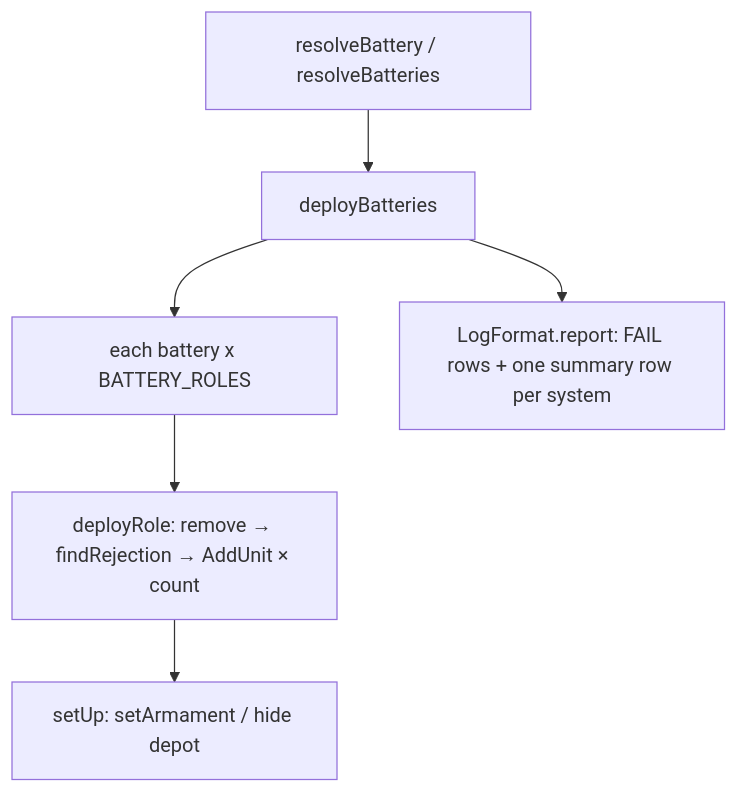
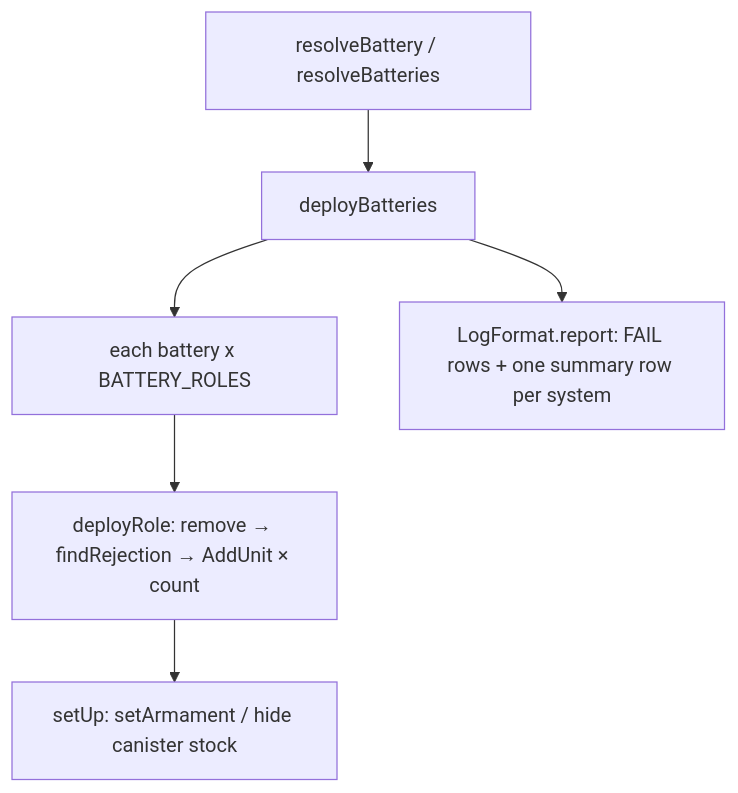
Before and after one commit to pullupjumper/formosa-in-flames: the diagram in docs/missileSystem/deployment.md, drawn with Mermaid. The commit also changed other lines of this file and 36 other files, not shown here.

First line of the commit message:
refactor(missileSystem): rename the ammo depot to canister stock

````diff
--- a/docs/missileSystem/deployment.md
+++ b/docs/missileSystem/deployment.md
@@ -23,8 +23,8 @@
 ```mermaid
 flowchart TD
     A[resolveBattery / resolveBatteries] --> B[deployBatteries]
     B --> C[each battery x BATTERY_ROLES]
     C --> D[deployRole: remove → findRejection → AddUnit × count]
-    D --> E[setUp: setArmament / hide depot]
+    D --> E[setUp: setArmament / hide canister stock]
     B --> F[LogFormat.report: FAIL rows + one summary row per system]
 ```
````
